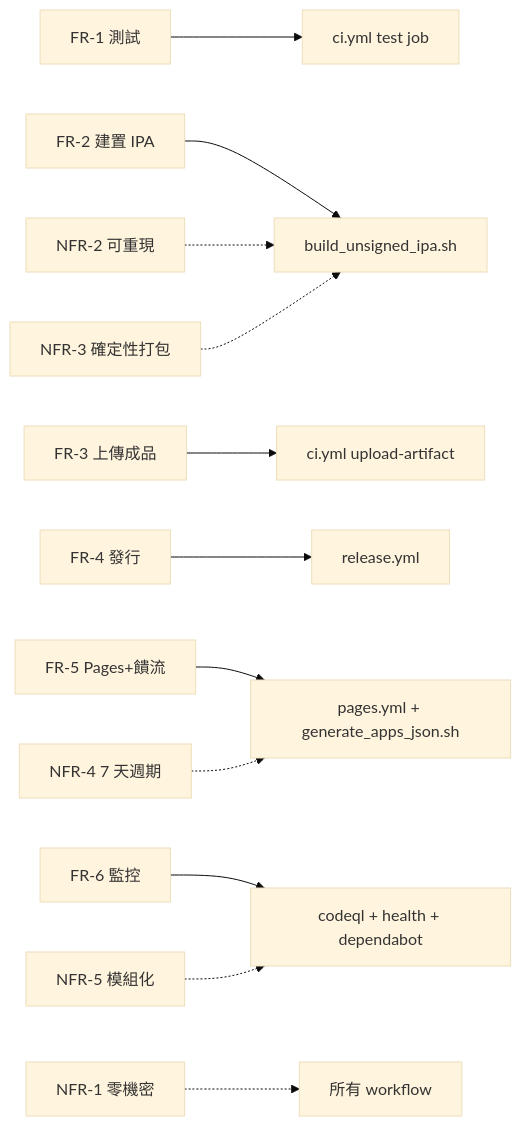
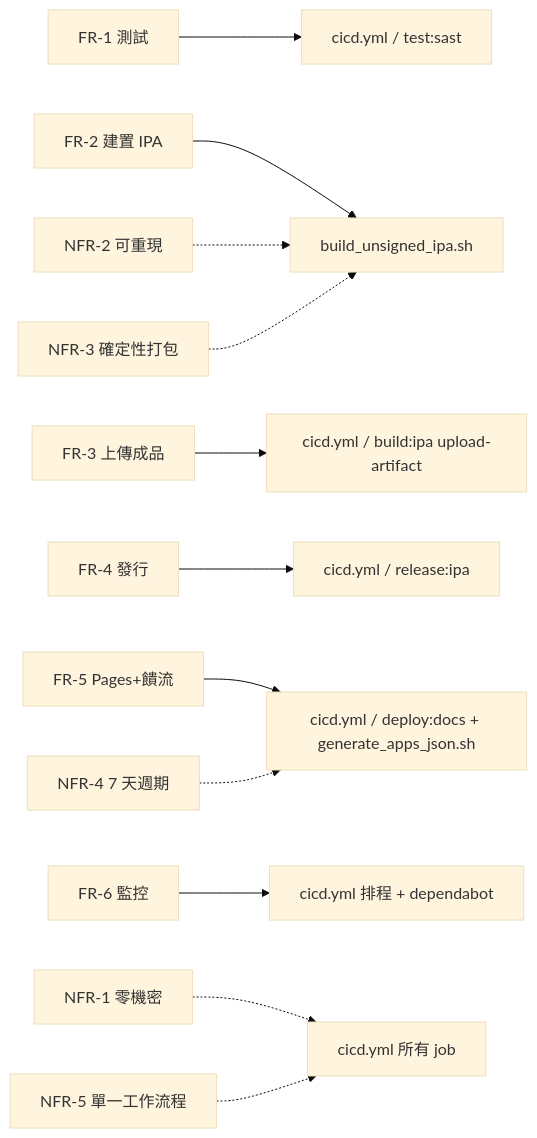
Before and after one commit to Mcc-Mak/ios-app: the diagram in docbase/srs.md, drawn with Mermaid (base theme). The commit also changed other lines of this file and 28 other files, not shown here.

First line of the commit message:
feat: 整併為單一工作流程 cicd.yml 並重寫入口網站側載教學

````diff
--- a/docbase/srs.md
+++ b/docbase/srs.md
@@ -5,14 +5,14 @@
 ```mermaid
 flowchart LR
-  FR1["FR-1 測試"] --> CI["ci.yml test job"]
+  FR1["FR-1 測試"] --> CI["cicd.yml / test:sast"]
   FR2["FR-2 建置 IPA"] --> BUILD["build_unsigned_ipa.sh"]
-  FR3["FR-3 上傳成品"] --> UP["ci.yml upload-artifact"]
-  FR4["FR-4 發行"] --> REL["release.yml"]
-  FR5["FR-5 Pages+饋流"] --> PAGES["pages.yml + generate_apps_json.sh"]
-  FR6["FR-6 監控"] --> MON["codeql + health + dependabot"]
-  NFR1["NFR-1 零機密"] -.-> ALL["所有 workflow"]
+  FR3["FR-3 上傳成品"] --> UP["cicd.yml / build:ipa upload-artifact"]
+  FR4["FR-4 發行"] --> REL["cicd.yml / release:ipa"]
+  FR5["FR-5 Pages+饋流"] --> PAGES["cicd.yml / deploy:docs + generate_apps_json.sh"]
+  FR6["FR-6 監控"] --> MON["cicd.yml 排程 + dependabot"]
+  NFR1["NFR-1 零機密"] -.-> ALL["cicd.yml 所有 job"]
   NFR2["NFR-2 可重現"] -.-> BUILD
   NFR3["NFR-3 確定性打包"] -.-> BUILD
   NFR4["NFR-4 7 天週期"] -.-> PAGES
-  NFR5["NFR-5 模組化"] -.-> MON
+  NFR5["NFR-5 單一工作流程"] -.-> ALL
 ```
````
